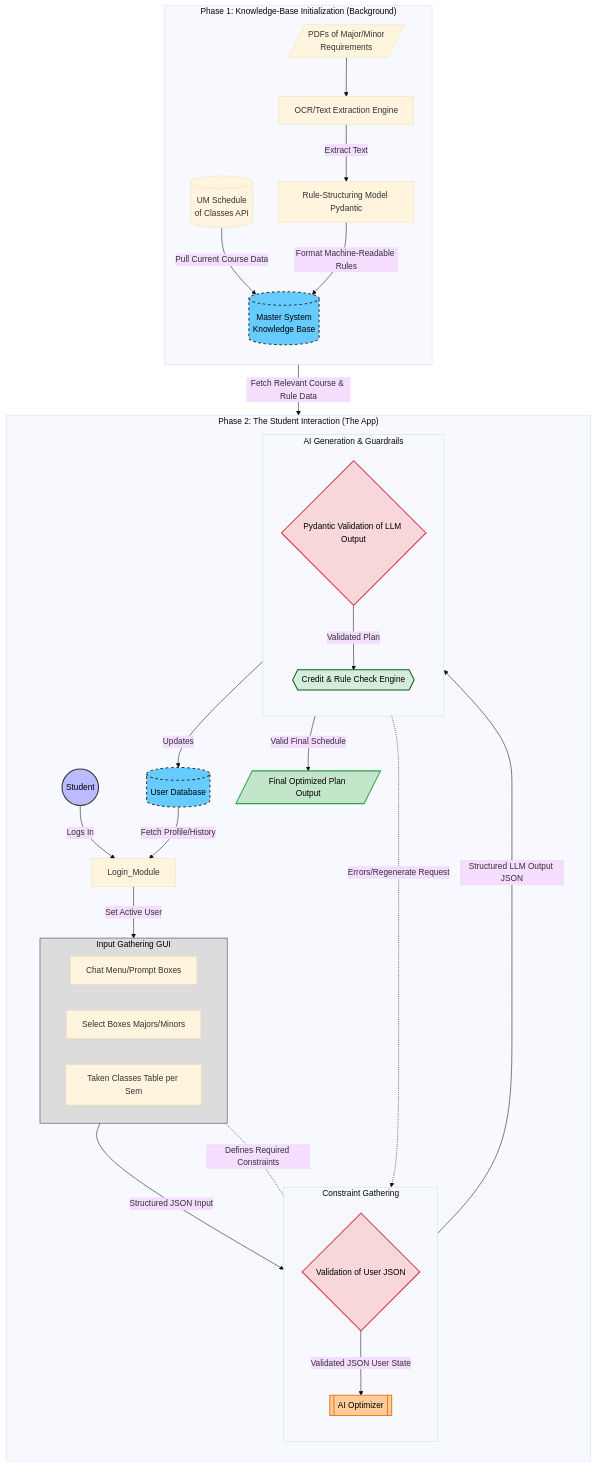
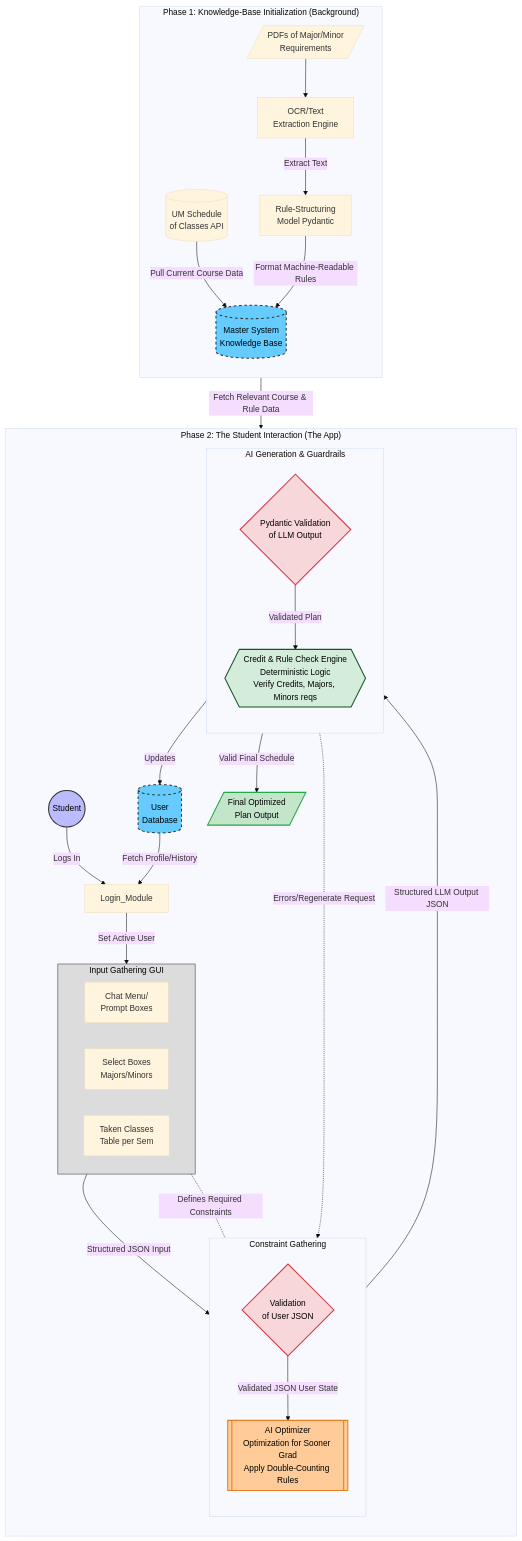
One commit to quinnh25/gradai-rocket-hacks changed the diagram in README.md. Above: the diagram before and after it, drawn with Mermaid.

Commit message:
Update project description and mermaid diagram

````diff
--- a/README.md
+++ b/README.md
@@ -5,71 +5,81 @@
 ```mermaid
+---
+id: ff41ff70-a815-45b0-b665-16646da6c382
+---
 %%{init: {'theme': 'base', 'graph': {'curve': 'basis'}}}%%
 graph TD
     subgraph Phase1_KnowledgeIngestion["Phase 1: Knowledge-Base Initialization (Background)"]
         direction TB
+        %% Nodes for Ingestion
         UM_API[(UM Schedule<br/>of Classes API)]
         Major_Minors_PDFs[/PDFs of Major/Minor<br/>Requirements/]
-        OCR[OCR/Text Extraction Engine]
-        Struct_Rules[Rule-Structuring Model Pydantic]
+        
+        OCR[OCR/Text<br/>Extraction Engine]
+        Struct_Rules[Rule-Structuring<br/>Model Pydantic]
 
+        %% Connections for Ingestion
         UM_API -->|Pull Current Course Data| MasterDB
         Major_Minors_PDFs --> OCR
         OCR -->|Extract Text| Struct_Rules
         Struct_Rules -->|Format Machine-Readable Rules| MasterDB
+        
+        %% Master Knowledge Database
         MasterDB[(Master System<br/>Knowledge Base)]
     end
 
     subgraph Phase2_StudentJourney["Phase 2: The Student Interaction (The App)"]
         direction TB
         Student_Actor((Student)) -->|Logs In| Login_Module
-        UserDB[(User Database)] -->|Fetch Profile/History| Login_Module
+        UserDB[(User<br/>Database)] -->|Fetch Profile/History| Login_Module
         Login_Module -->|Set Active User| Input_GUI
 
         subgraph Input_GUI[Input Gathering GUI]
             direction LR
-            Chat_UI[Chat Menu/Prompt Boxes]
-            Select_Boxes[Select Boxes Majors/Minors]
-            History_Boxes[Taken Classes Table per Sem]
+            Chat_UI[Chat Menu/<br/>Prompt Boxes]
+            Select_Boxes[Select Boxes<br/>Majors/Minors]
+            History_Boxes[Taken Classes<br/>Table per Sem]
         end
 
         Input_GUI -->|Structured JSON Input| Pydantic_User_Input
 
         subgraph Constraint_Processing[Constraint Gathering]
             direction TB
-            Pydantic_User_Input{Validation of User JSON}
+            Pydantic_User_Input{Validation<br/>of User JSON}
             Pydantic_User_Input -->|Validated JSON User State| LLM_Scheduler
             MasterDB -->|Fetch Relevant Course & Rule Data| LLM_Scheduler
         end
 
         subgraph AI_Core[AI Generation & Guardrails]
             direction TB
-            LLM_Scheduler[[AI Optimizer]]
+            LLM_Scheduler[[AI Optimizer<br/>Optimization for Sooner Grad<br/>Apply Double-Counting Rules]]
             LLM_Scheduler -->|Structured LLM Output JSON| Pydantic_LLM_Output
-            Pydantic_LLM_Output{Pydantic Validation of LLM Output}
+            Pydantic_LLM_Output{Pydantic Validation<br/>of LLM Output}
             Pydantic_LLM_Output -->|Validated Plan| Credit_Engine
-            Credit_Engine{{Credit & Rule Check Engine}}
+            
+            Credit_Engine{{Credit & Rule Check Engine<br/>Deterministic Logic<br/>Verify Credits, Majors, Minors reqs}}
         end
         
         Input_GUI -.-|Defines Required Constraints| LLM_Scheduler
         Credit_Engine -->|Updates| UserDB
-        Credit_Engine -->|Valid Final Schedule| Final_Output[/Final Optimized Plan Output/]
+        Credit_Engine -->|Valid Final Schedule| Final_Output[/Final Optimized<br/>Plan Output/]
         Credit_Engine -.->|Errors/Regenerate Request| LLM_Scheduler
+
     end
 
     %% Legend/Styling
     classDef Actor fill:#bbf,stroke:#333,stroke-width:2px,color:black;
     classDef Database fill:#66ccff,stroke:#333,stroke-width:2px,color:black,stroke-dasharray: 5 5;
     classDef Optimizer fill:#ffcc99,stroke:#e67e22,stroke-width:2px,color:black;
     classDef GUI fill:#dcdcdc,stroke:#333,stroke-width:1px,color:black;
     classDef Output fill:#c3e6cb,stroke:#28a745,stroke-width:2px,color:black;
     classDef Validator fill:#f8d7da,stroke:#dc3545,stroke-width:2px,color:black;
     classDef LogicEngine fill:#d4edda,stroke:#155724,stroke-width:2px,color:black;
 
     class Student_Actor Actor;
     class MasterDB,UserDB Database;
     class LLM_Scheduler Optimizer;
     class Input_GUI GUI;
     class Final_Output Output;
     class Pydantic_User_Input,Pydantic_LLM_Output Validator;
     class Credit_Engine LogicEngine;
 ```
````
